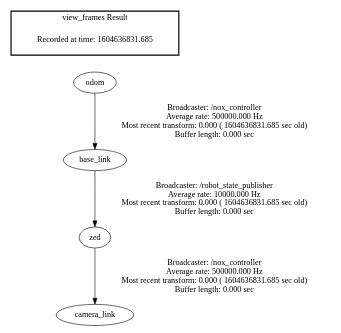
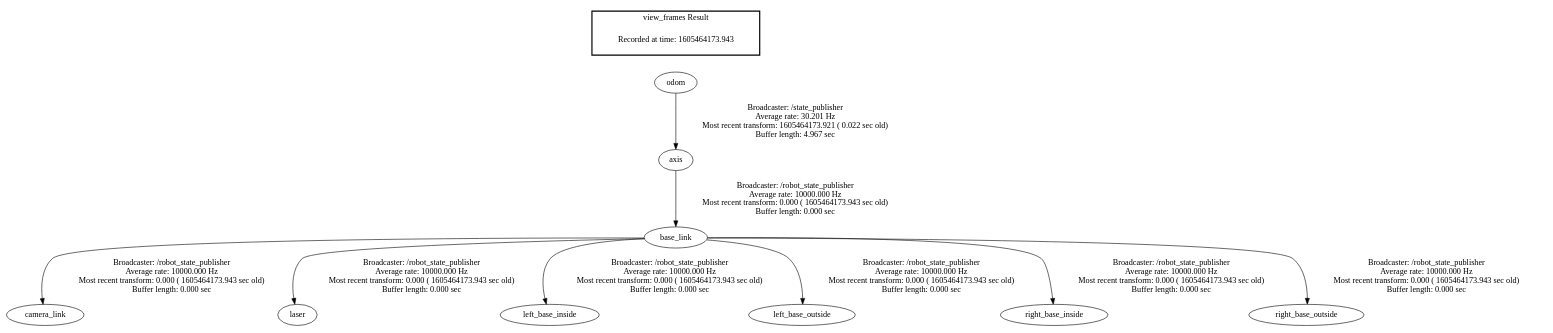
One commit to BraedenCu/vexai-ros changed the diagram in frames.gv. Above: the diagram before and after it, drawn with Graphviz. The commit also changed 24 other files, not shown here.

```diff
--- a/frames.gv
+++ b/frames.gv
@@ -1,9 +1,14 @@
 digraph G {
-"base_link" -> "zed"[label="Broadcaster: /robot_state_publisher\nAverage rate: 10000.000 Hz\nMost recent transform: 0.000 ( 1604636831.685 sec old)\nBuffer length: 0.000 sec\n"];
-"odom" -> "base_link"[label="Broadcaster: /nox_controller\nAverage rate: 500000.000 Hz\nMost recent transform: 0.000 ( 1604636831.685 sec old)\nBuffer length: 0.000 sec\n"];
-"zed" -> "camera_link"[label="Broadcaster: /nox_controller\nAverage rate: 500000.000 Hz\nMost recent transform: 0.000 ( 1604636831.685 sec old)\nBuffer length: 0.000 sec\n"];
+"axis" -> "base_link"[label="Broadcaster: /robot_state_publisher\nAverage rate: 10000.000 Hz\nMost recent transform: 0.000 ( 1605464173.943 sec old)\nBuffer length: 0.000 sec\n"];
+"odom" -> "axis"[label="Broadcaster: /state_publisher\nAverage rate: 30.201 Hz\nMost recent transform: 1605464173.921 ( 0.022 sec old)\nBuffer length: 4.967 sec\n"];
+"base_link" -> "camera_link"[label="Broadcaster: /robot_state_publisher\nAverage rate: 10000.000 Hz\nMost recent transform: 0.000 ( 1605464173.943 sec old)\nBuffer length: 0.000 sec\n"];
+"base_link" -> "laser"[label="Broadcaster: /robot_state_publisher\nAverage rate: 10000.000 Hz\nMost recent transform: 0.000 ( 1605464173.943 sec old)\nBuffer length: 0.000 sec\n"];
+"base_link" -> "left_base_inside"[label="Broadcaster: /robot_state_publisher\nAverage rate: 10000.000 Hz\nMost recent transform: 0.000 ( 1605464173.943 sec old)\nBuffer length: 0.000 sec\n"];
+"base_link" -> "left_base_outside"[label="Broadcaster: /robot_state_publisher\nAverage rate: 10000.000 Hz\nMost recent transform: 0.000 ( 1605464173.943 sec old)\nBuffer length: 0.000 sec\n"];
+"base_link" -> "right_base_inside"[label="Broadcaster: /robot_state_publisher\nAverage rate: 10000.000 Hz\nMost recent transform: 0.000 ( 1605464173.943 sec old)\nBuffer length: 0.000 sec\n"];
+"base_link" -> "right_base_outside"[label="Broadcaster: /robot_state_publisher\nAverage rate: 10000.000 Hz\nMost recent transform: 0.000 ( 1605464173.943 sec old)\nBuffer length: 0.000 sec\n"];
 edge [style=invis];
  subgraph cluster_legend { style=bold; color=black; label ="view_frames Result";
-"Recorded at time: 1604636831.685"[ shape=plaintext ] ;
+"Recorded at time: 1605464173.943"[ shape=plaintext ] ;
  }->"odom";
 }
```
